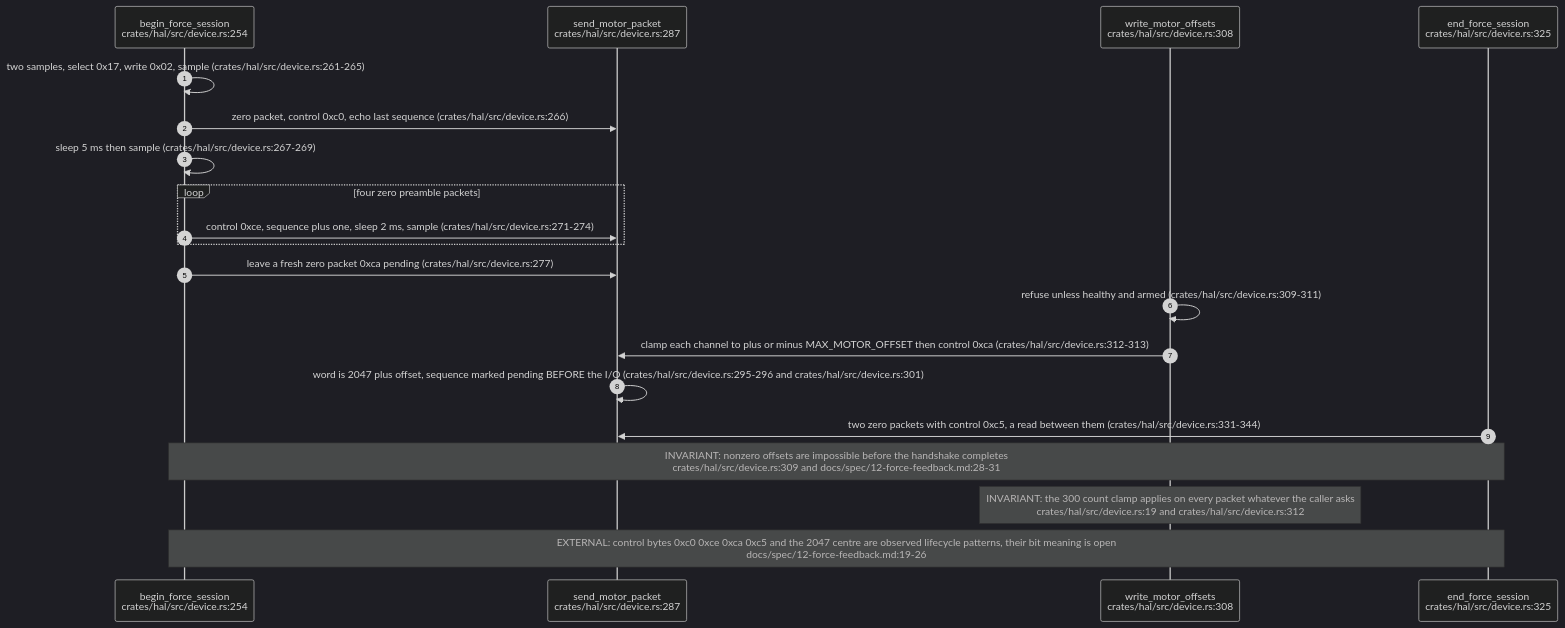
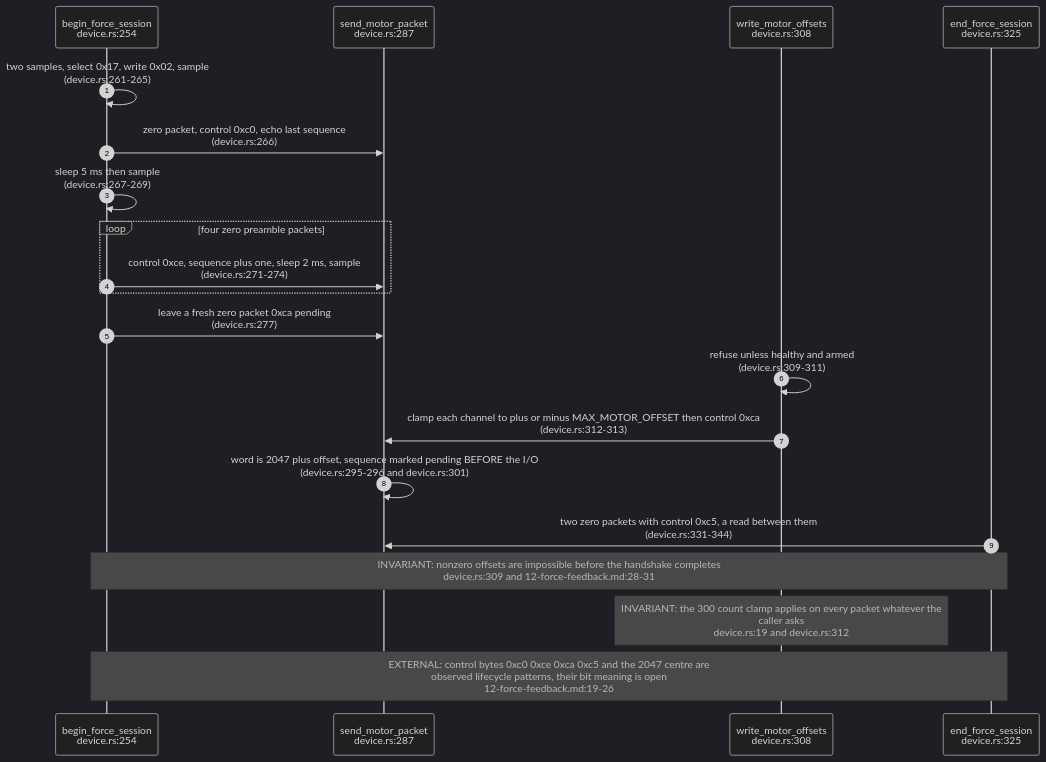
The fourth of 5 diagrams in docs/diagrams/visiontouch-rs/02-transport-software-epp-and-force-session.md (DreamLab-AI/VisionFlow), drawn with Mermaid (dark theme) before and after one commit. The commit also changed other lines of this file and 27 other files, not shown here.

````diff
--- a/docs/diagrams/visiontouch-rs/02-transport-software-epp-and-force-session.md
+++ b/docs/diagrams/visiontouch-rs/02-transport-software-epp-and-force-session.md
@@ -99,22 +101,22 @@
 ```mermaid
 sequenceDiagram
     autonumber
-    participant BG as begin_force_session<br/>crates/hal/src/device.rs:254
-    participant SP as send_motor_packet<br/>crates/hal/src/device.rs:287
-    participant WR as write_motor_offsets<br/>crates/hal/src/device.rs:308
-    participant EN as end_force_session<br/>crates/hal/src/device.rs:325
-    BG->>BG: two samples, select 0x17, write 0x02, sample (crates/hal/src/device.rs:261-265)
-    BG->>SP: zero packet, control 0xc0, echo last sequence (crates/hal/src/device.rs:266)
-    BG->>BG: sleep 5 ms then sample (crates/hal/src/device.rs:267-269)
+    participant BG as begin_force_session<br/>device.rs:254
+    participant SP as send_motor_packet<br/>device.rs:287
+    participant WR as write_motor_offsets<br/>device.rs:308
+    participant EN as end_force_session<br/>device.rs:325
+    BG->>BG: two samples, select 0x17, write 0x02, sample<br/>(device.rs:261-265)
+    BG->>SP: zero packet, control 0xc0, echo last sequence<br/>(device.rs:266)
+    BG->>BG: sleep 5 ms then sample<br/>(device.rs:267-269)
     loop four zero preamble packets
-        BG->>SP: control 0xce, sequence plus one, sleep 2 ms, sample (crates/hal/src/device.rs:271-274)
+        BG->>SP: control 0xce, sequence plus one, sleep 2 ms, sample<br/>(device.rs:271-274)
     end
-    BG->>SP: leave a fresh zero packet 0xca pending (crates/hal/src/device.rs:277)
-    WR->>WR: refuse unless healthy and armed (crates/hal/src/device.rs:309-311)
-    WR->>SP: clamp each channel to plus or minus MAX_MOTOR_OFFSET then control 0xca (crates/hal/src/device.rs:312-313)
-    SP->>SP: word is 2047 plus offset, sequence marked pending BEFORE the I/O (crates/hal/src/device.rs:295-296 and crates/hal/src/device.rs:301)
-    EN->>SP: two zero packets with control 0xc5, a read between them (crates/hal/src/device.rs:331-344)
-    Note over BG,EN: INVARIANT: nonzero offsets are impossible before the handshake completes<br/>crates/hal/src/device.rs:309 and docs/spec/12-force-feedback.md:28-31
-    Note over WR: INVARIANT: the 300 count clamp applies on every packet whatever the caller asks<br/>crates/hal/src/device.rs:19 and crates/hal/src/device.rs:312
-    Note over BG,EN: EXTERNAL: control bytes 0xc0 0xce 0xca 0xc5 and the 2047 centre are observed lifecycle patterns, their bit meaning is open<br/>docs/spec/12-force-feedback.md:19-26
+    BG->>SP: leave a fresh zero packet 0xca pending<br/>(device.rs:277)
+    WR->>WR: refuse unless healthy and armed<br/>(device.rs:309-311)
+    WR->>SP: clamp each channel to plus or minus MAX_MOTOR_OFFSET then control 0xca<br/>(device.rs:312-313)
+    SP->>SP: word is 2047 plus offset, sequence marked pending BEFORE the I/O<br/>(device.rs:295-296 and device.rs:301)
+    EN->>SP: two zero packets with control 0xc5, a read between them<br/>(device.rs:331-344)
+    Note over BG,EN: INVARIANT: nonzero offsets are impossible before the handshake completes<br/>device.rs:309 and 12-force-feedback.md:28-31
+    Note over WR: INVARIANT: the 300 count clamp applies on every packet whatever the<br/>caller asks<br/>device.rs:19 and device.rs:312
+    Note over BG,EN: EXTERNAL: control bytes 0xc0 0xce 0xca 0xc5 and the 2047 centre are<br/>observed lifecycle patterns, their bit meaning is open<br/>12-force-feedback.md:19-26
 ```
````
